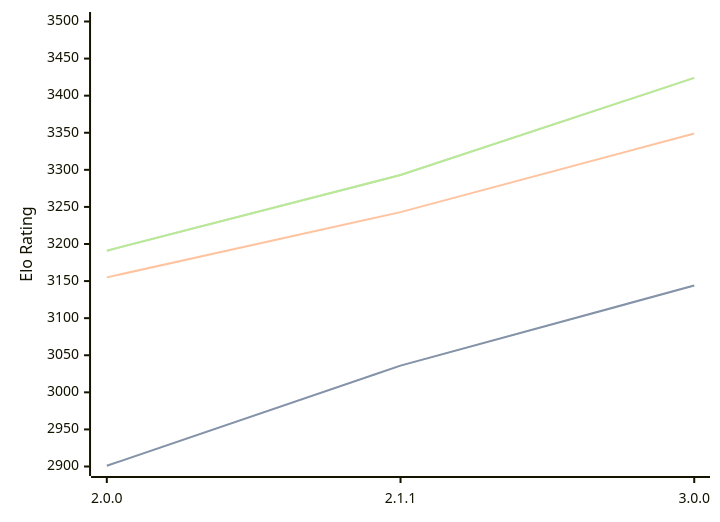
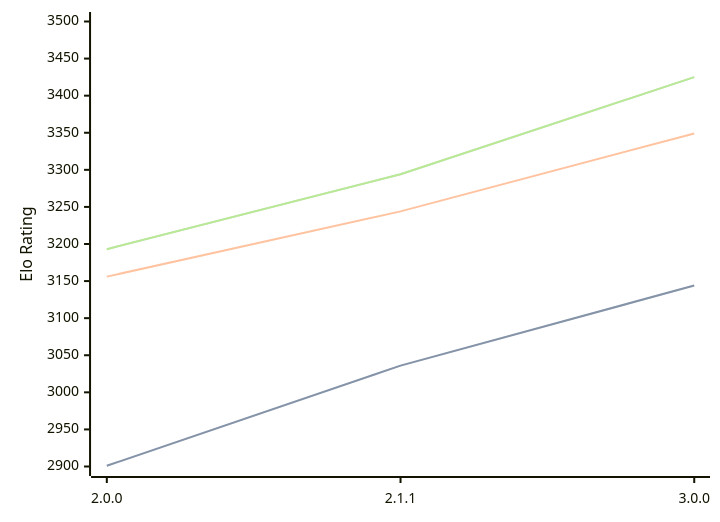
Before and after one commit to computer-chess-index/cci: the diagram in engines/Bread.md, drawn with Mermaid. The commit also changed other lines of this file, not shown here.

Commit message:
Update CCI Ratings (ELO VLTC) - 2026-04-22

````diff
--- a/engines/Bread.md
+++ b/engines/Bread.md
@@ -51,11 +51,11 @@
 ```mermaid
 %%{init: {"theme":"base","themeVariables":{"seriesColors:['#a3a3a3','#222221','#faa371']}}}%%
 xychart-beta
   x-axis ["2.0.0", "2.1.1", "3.0.0"]
   y-axis "Elo Rating" 2900 --> 3500
   line "STC (8.0+0.08s)" [2901, 3036, 3144]
   line "STC (8.0+0.08s)" [2901, 3036, 3144]
-  line "LTC (60.0+0.60s)" [3155, 3243, 3349]
-  line "VLTC (2m24s+1.12s)" [3191, 3293, 3424]
-  line "VLTC (2m24s+1.12s)" [3191, 3293, 3424]
+  line "LTC (60.0+0.60s)" [3156, 3244, 3349]
+  line "VLTC (2m24s+1.12s)" [3193, 3294, 3425]
+  line "VLTC (2m24s+1.12s)" [3193, 3294, 3425]
 ```
````
